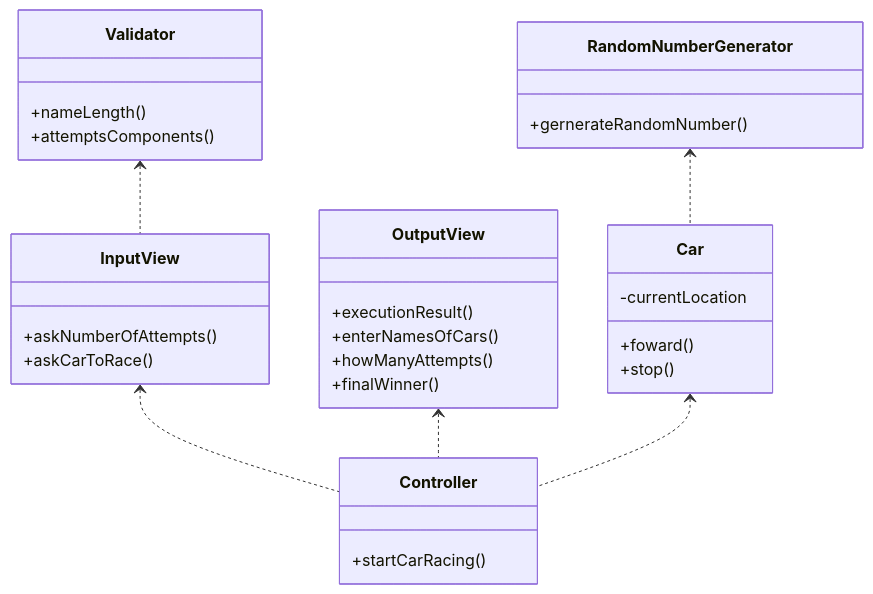
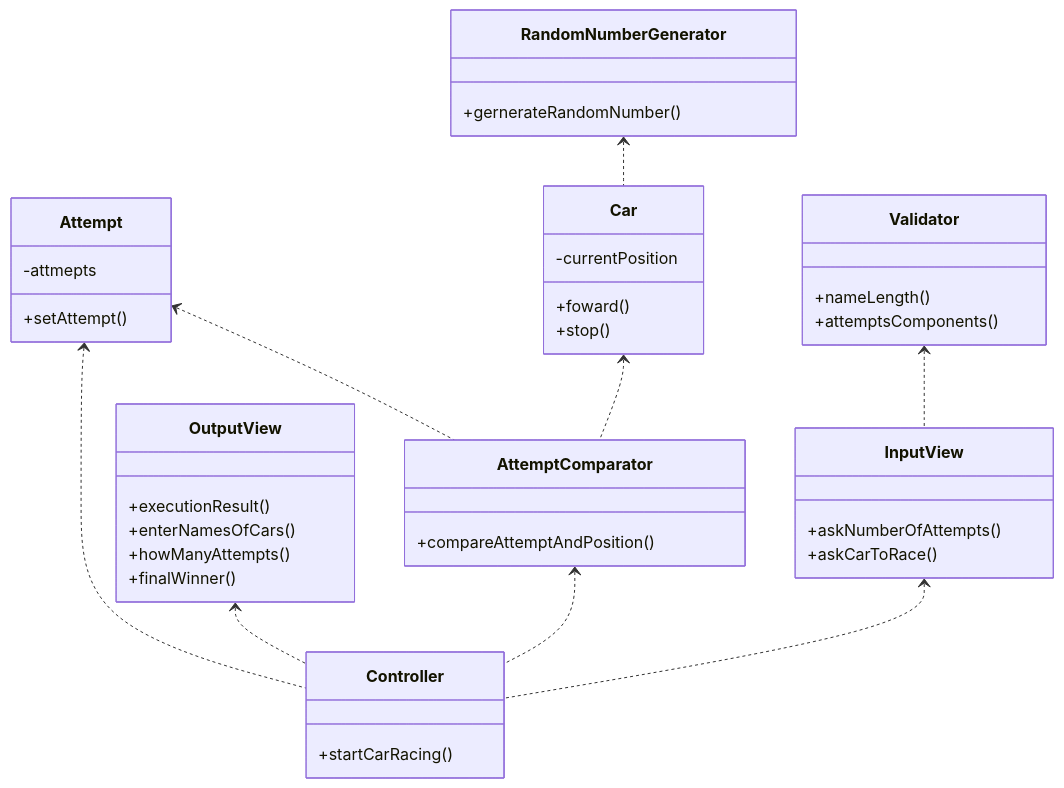
Before and after one commit to woowacourse-precourse/kotlin-racingcar-6: the diagram in README.md, drawn with Mermaid.

Commit message:
[docs] 클래스 다이어그램에 Attempt, AttemptComparator 추가

````diff
--- a/README.md
+++ b/README.md
@@ -209,33 +209,43 @@
 ```mermaid
 classDiagram
+    Attempt <.. Controller
     InputView <.. Controller
     OutputView <.. Controller
-    Car <.. Controller
+    AttemptComparator <.. Controller
     RandomNumberGenerator <.. Car
     Validator <.. InputView
+    Attempt <.. AttemptComparator
+    Car <.. AttemptComparator
     class Controller {
         +startCarRacing()
     }
     class InputView {
         +askNumberOfAttempts()
         +askCarToRace()
     }
     class OutputView {
         +executionResult()
         +enterNamesOfCars()
         +howManyAttempts()
         +finalWinner()
     }
     class RandomNumberGenerator {
         +gernerateRandomNumber()
     }
     class Car {
-        -currentLocation
+        -currentPosition
         +foward()
         +stop()
+    }
+    class Attempt {
+        -attmepts
+        +setAttempt()
+    }
+    class AttemptComparator {
+        +compareAttemptAndPosition()
     }
     class Validator {
         +nameLength()
         +attemptsComponents()
     }
 ```
````
